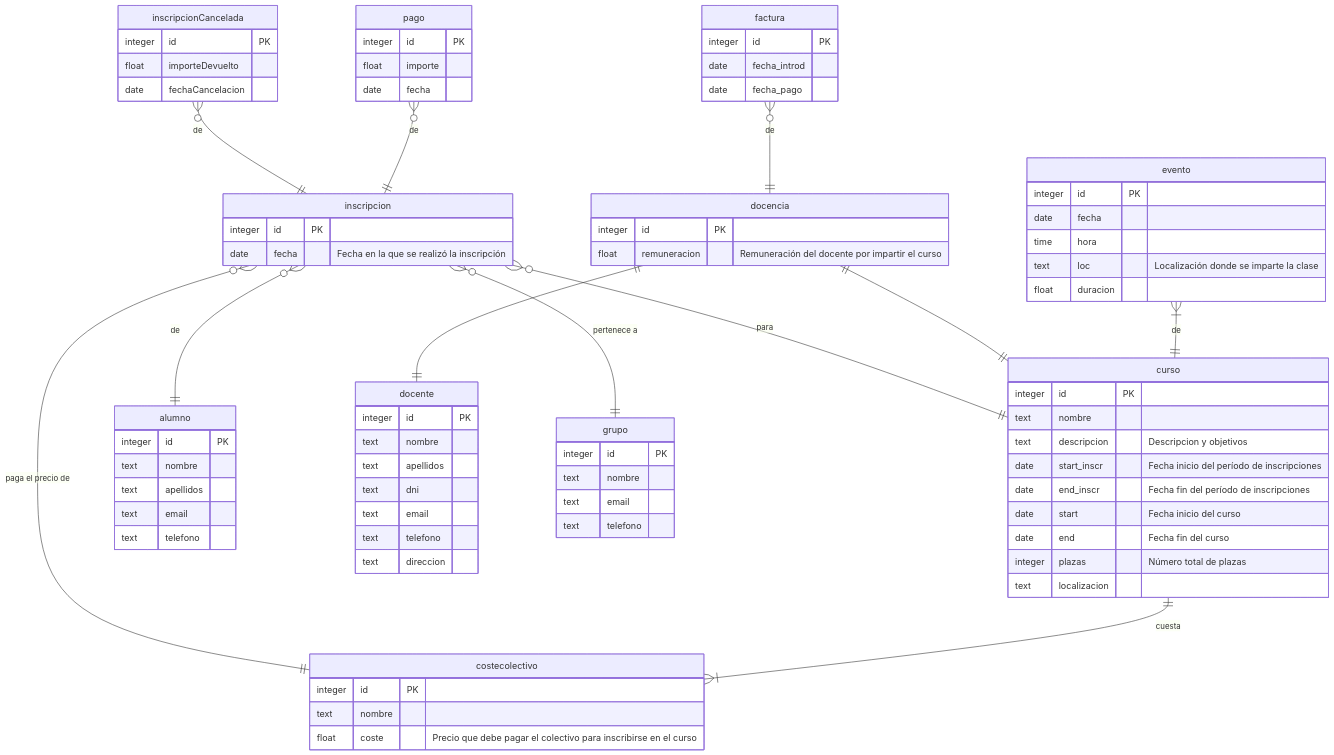
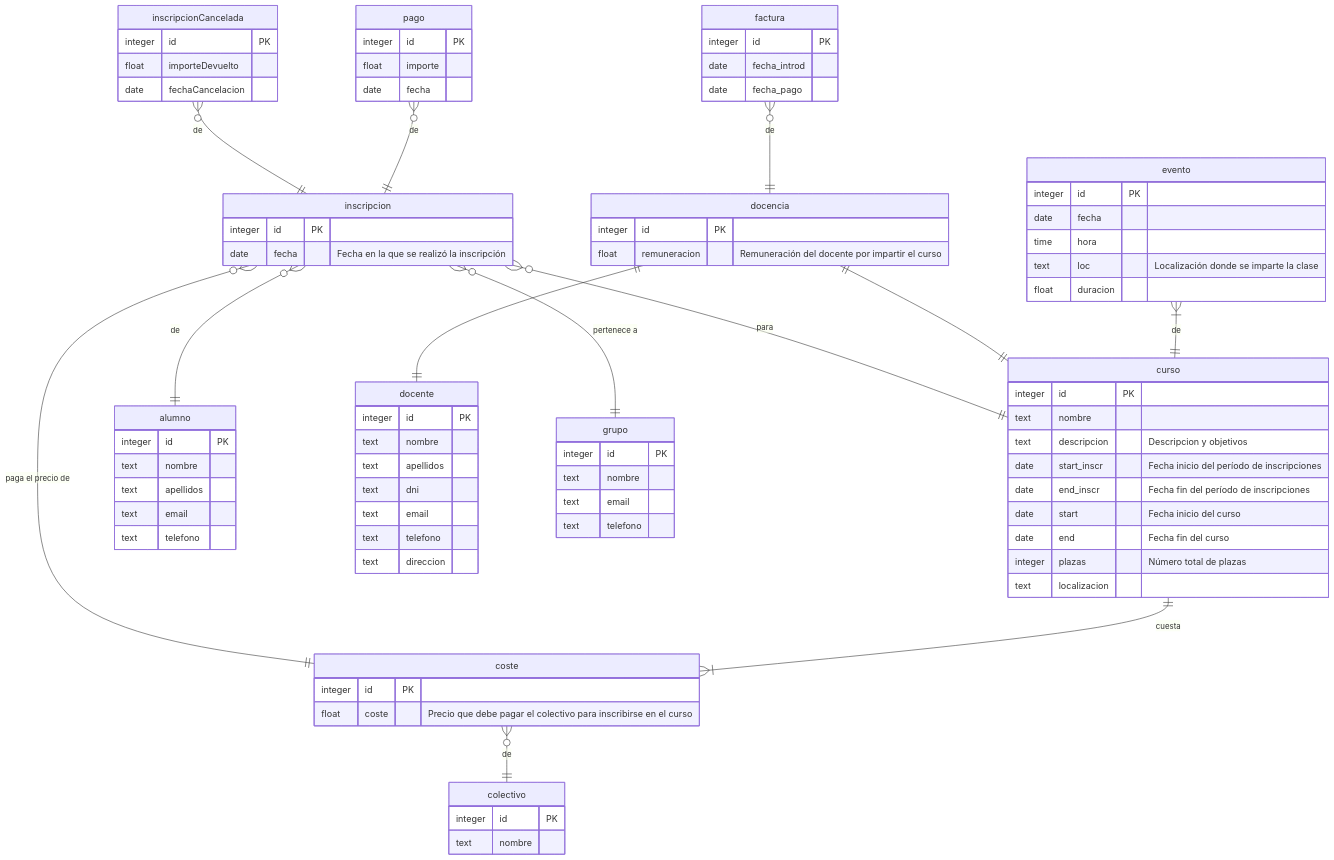
Before and after one commit to miermontoto/SI2022-PL41: the first of 4 diagrams in docs/SI2022-PL41.md, drawn with Mermaid.

````diff
--- a/docs/SI2022-PL41.md
+++ b/docs/SI2022-PL41.md
@@ -67,9 +67,12 @@
 		 date fecha_introd
 		 date fecha_pago
 	}
-	costecolectivo {
+	colectivo {
 		integer id PK
 		text nombre
+	}
+	coste {
+		integer id PK
 		float coste "Precio que debe pagar el colectivo para inscribirse en el curso"
 	}
 	grupo {
@@ -78,10 +81,10 @@
 		text email
 		text telefono
 	}
-
+	
 	inscripcion }o--|| alumno : "de"
     	inscripcion }o--|| curso : "para"
-	inscripcion }o--|| costecolectivo : "paga el precio de"
+	inscripcion }o--|| coste : "paga el precio de"
 	inscripcion }o--|| grupo : "pertenece a"
 
 	inscripcionCancelada }o--|| inscripcion : "de"
@@ -95,5 +98,6 @@
  
 	factura }o--|| docencia : "de"
 	
-	curso ||--|{ costecolectivo : "cuesta"
+	coste }o--|| colectivo : "de"
+	curso ||--|{ coste : "cuesta"
 ```
````
